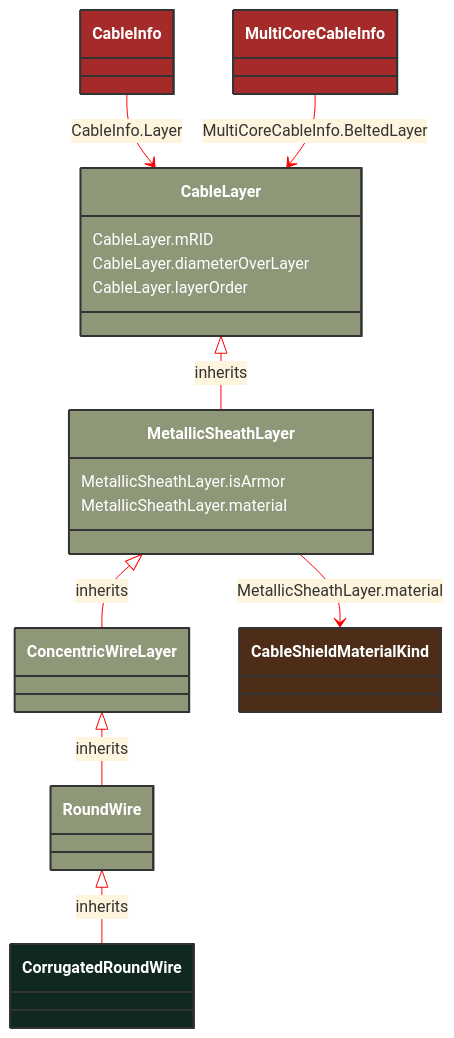
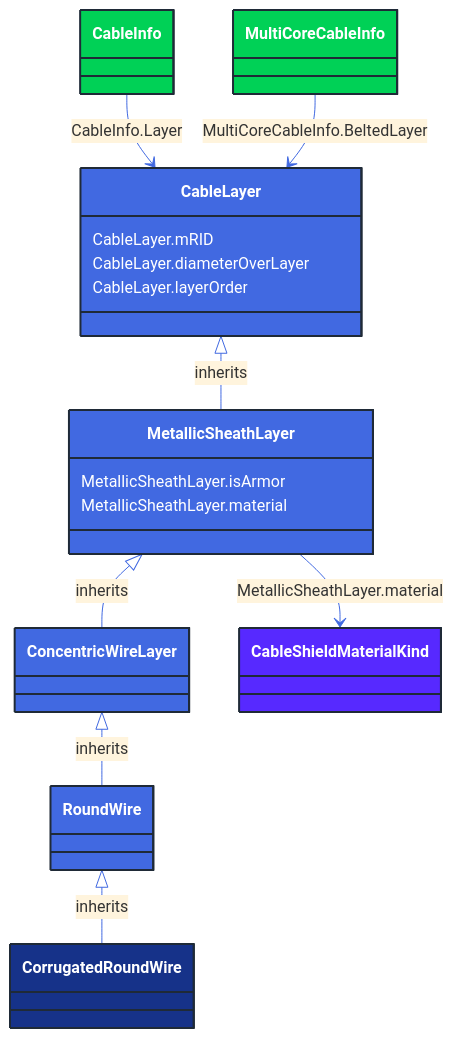
Before and after one commit to 3lbits/NoCIMExtensions: the diagram in docs/Models/Profiles/SubseaCableInfo/ConcreteClasses/CorrugatedRoundWire.md, drawn with Mermaid. The commit also changed 362 other files, not shown here.

First line of the commit message:
Update diagrams and styles for improved visual consistency

````diff
--- a/docs/Models/Profiles/SubseaCableInfo/ConcreteClasses/CorrugatedRoundWire.md
+++ b/docs/Models/Profiles/SubseaCableInfo/ConcreteClasses/CorrugatedRoundWire.md
@@ -8,48 +8,48 @@
 ```mermaid
-%%{init: {'theme':'base','themeVariables': {'lineColor': '#FF0000'}}}%%
+%%{init: {'theme':'base','themeVariables': {'lineColor': '#4169E1'}}}%%
 classDiagram
     class CorrugatedRoundWire
     click CorrugatedRoundWire href "/Models/Profiles/SubseaCableInfo/ConcreteClasses/CorrugatedRoundWire/"
-    style CorrugatedRoundWire fill:#102820,stroke:#333,stroke-width:2px,rx:10,ry:10,color:white
+    style CorrugatedRoundWire fill:#163289,stroke:#1F2A37,stroke-width:2px,rx:10,ry:10,color:white
      
         RoundWire <|-- CorrugatedRoundWire : inherits
             click RoundWire href "/Models/Profiles/SubseaCableInfo/ConcreteClasses/RoundWire/"
-            style RoundWire fill:#8F9779,stroke:#333,stroke-width:2px,rx:10,ry:10,color:white
+            style RoundWire fill:#4169E1,stroke:#1F2A37,stroke-width:2px,rx:10,ry:10,color:white
      
         ConcentricWireLayer <|-- RoundWire : inherits
             click ConcentricWireLayer href "/Models/Profiles/SubseaCableInfo/ConcreteClasses/ConcentricWireLayer/"
-            style ConcentricWireLayer fill:#8F9779,stroke:#333,stroke-width:2px,rx:10,ry:10,color:white
+            style ConcentricWireLayer fill:#4169E1,stroke:#1F2A37,stroke-width:2px,rx:10,ry:10,color:white
      
         MetallicSheathLayer <|-- ConcentricWireLayer : inherits
             click MetallicSheathLayer href "/Models/Profiles/SubseaCableInfo/ConcreteClasses/MetallicSheathLayer/"
-            style MetallicSheathLayer fill:#8F9779,stroke:#333,stroke-width:2px,rx:10,ry:10,color:white
+            style MetallicSheathLayer fill:#4169E1,stroke:#1F2A37,stroke-width:2px,rx:10,ry:10,color:white
      
         CableLayer <|-- MetallicSheathLayer : inherits
             click CableLayer href "/Models/Profiles/SubseaCableInfo/AbstractClasses/CableLayer/"
-            style CableLayer fill:#8F9779,stroke:#333,stroke-width:2px,rx:10,ry:10,color:white
+            style CableLayer fill:#4169E1,stroke:#1F2A37,stroke-width:2px,rx:10,ry:10,color:white
 
 
         CableInfo --> CableLayer : CableInfo.Layer
 
         CableInfo
             click CableInfo href "/Models/Profiles/SubseaCableInfo/ConcreteClasses/CableInfo/"
-            style CableInfo fill:#A52A2A,stroke:#333,stroke-width:2px,rx:10,ry:10,color:white
+            style CableInfo fill:#00D156,stroke:#1F2A37,stroke-width:2px,rx:10,ry:10,color:white
 
         MultiCoreCableInfo --> CableLayer : MultiCoreCableInfo.BeltedLayer
 
         MultiCoreCableInfo
             click MultiCoreCableInfo href "/Models/Profiles/SubseaCableInfo/ConcreteClasses/MultiCoreCableInfo/"
-            style MultiCoreCableInfo fill:#A52A2A,stroke:#333,stroke-width:2px,rx:10,ry:10,color:white
+            style MultiCoreCableInfo fill:#00D156,stroke:#1F2A37,stroke-width:2px,rx:10,ry:10,color:white
 
         MetallicSheathLayer --> CableShieldMaterialKind : MetallicSheathLayer.material
 
         CableShieldMaterialKind
             click CableShieldMaterialKind href "/Models/Profiles/SubseaCableInfo/Enumerations/CableShieldMaterialKind/"
-            style CableShieldMaterialKind fill:#4D2D18,stroke:#333,stroke-width:2px,rx:10,ry:10,color:white
+            style CableShieldMaterialKind fill:#5729FF,stroke:#1F2A37,stroke-width:2px,rx:10,ry:10,color:white
 
         MetallicSheathLayer : MetallicSheathLayer.isArmor
         MetallicSheathLayer : MetallicSheathLayer.material
         CableLayer : CableLayer.mRID
         CableLayer : CableLayer.diameterOverLayer
         CableLayer : CableLayer.layerOrder
 ```
````
